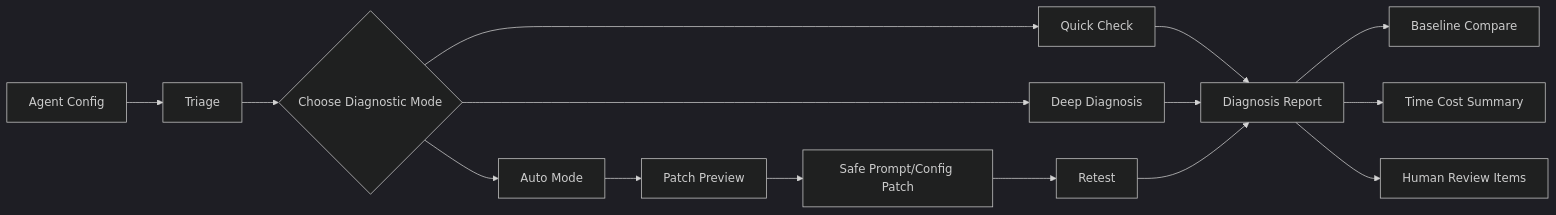
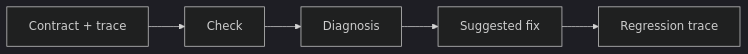
One commit to shiki-dml/AgentDoctor changed the diagram in docs/index.md. Above: the diagram before and after it, drawn with Mermaid (dark theme). The commit also changed other lines of this file and 58 other files, not shown here.

````diff
--- a/docs/index.md
+++ b/docs/index.md
@@ -27,17 +53,7 @@
 ```mermaid
 flowchart LR
-    A[Agent Config] --> B[Triage]
-    B --> C{Choose Diagnostic Mode}
-    C --> D[Quick Check]
-    C --> E[Deep Diagnosis]
-    C --> F[Auto Mode]
-    D --> G[Diagnosis Report]
-    E --> G
-    F --> H[Patch Preview]
-    H --> I[Safe Prompt/Config Patch]
-    I --> J[Retest]
-    J --> G
-    G --> K[Baseline Compare]
-    G --> L[Time Cost Summary]
-    G --> M[Human Review Items]
+    A[Contract + trace] --> B[Check]
+    B --> C[Diagnosis]
+    C --> D[Suggested fix]
+    D --> E[Regression trace]
 ```
````
